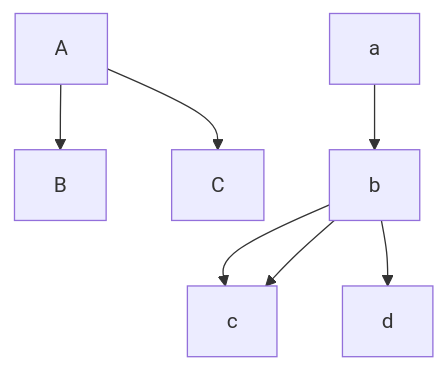
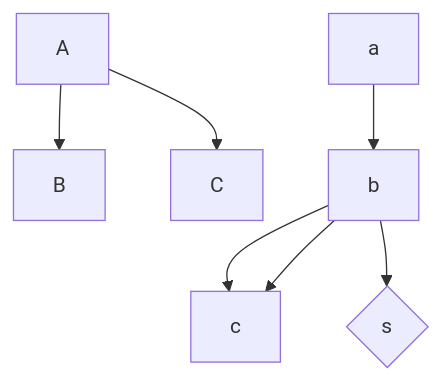
One commit to ghtfujita/test changed the diagram in test.md. Above: the diagram before and after it, drawn with Mermaid.

````diff
--- a/test.md
+++ b/test.md
@@ -1,9 +1,10 @@
 ```mermaid
 graph TD;
  A --> B
  A -->C
  a -->b
  b --> c
  b --> c
- b --> d
+ b --> d{s}
+ 
 ```
````
